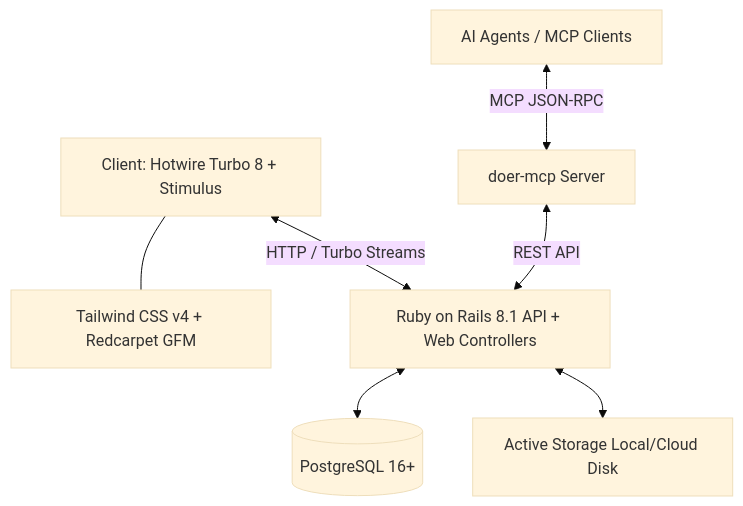
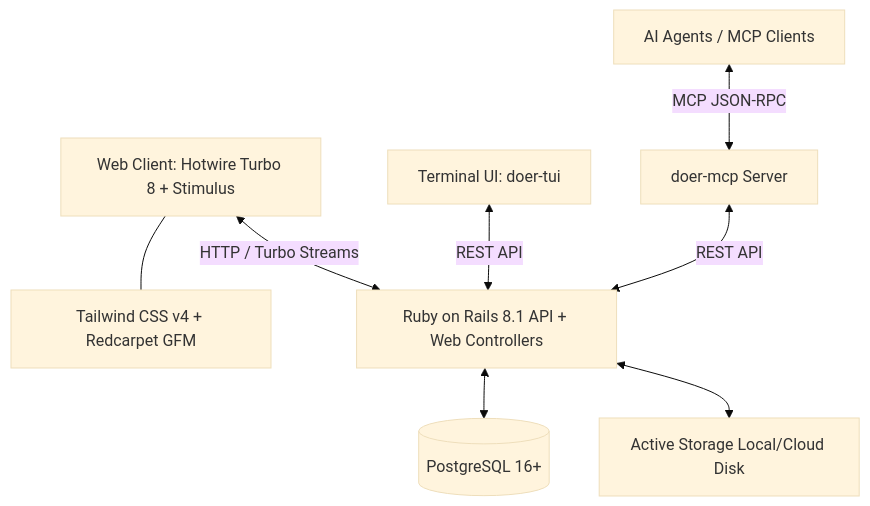
Before and after one commit to leouofa/doer: the diagram in README.md, drawn with Mermaid (base theme). The commit also changed other lines of this file, not shown here.

First line of the commit message:
docs: add doer-tui terminal client references and documentation

````diff
--- a/README.md
+++ b/README.md
@@ -70,17 +73,19 @@
 ```mermaid
 graph TD
-    Browser[Client: Hotwire Turbo 8 + Stimulus]
+    Browser[Web Client: Hotwire Turbo 8 + Stimulus]
+    TUI[Terminal UI: doer-tui]
     MCPAgent[AI Agents / MCP Clients]
     MCPServer[doer-mcp Server]
     Tailwind[Tailwind CSS v4 + Redcarpet GFM]
     Rails[Ruby on Rails 8.1 API + Web Controllers]
     Postgres[(PostgreSQL 16+)]
     Storage[Active Storage Local/Cloud Disk]
 
     Browser <-->|HTTP / Turbo Streams| Rails
     Browser --- Tailwind
+    TUI <-->|REST API| Rails
     MCPAgent <-->|MCP JSON-RPC| MCPServer
     MCPServer <-->|REST API| Rails
     Rails <--> Postgres
     Rails <--> Storage
 ```
````
